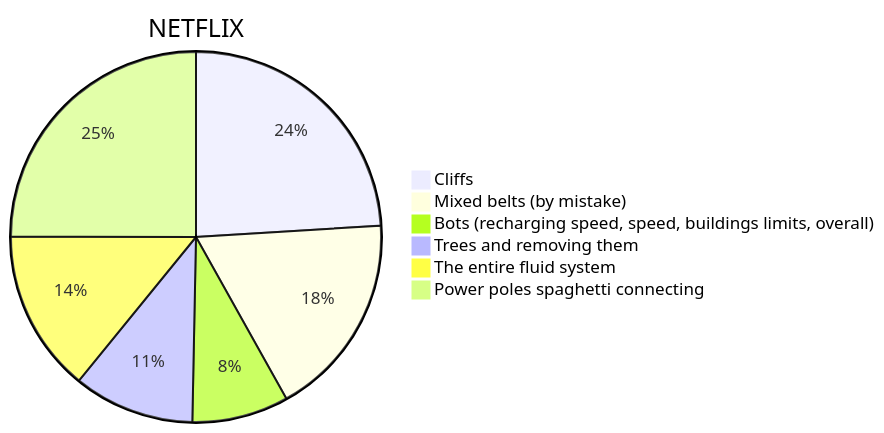
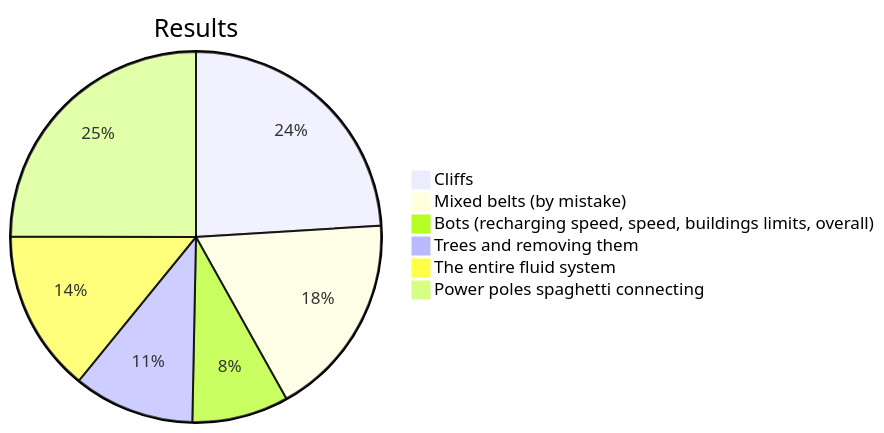
The diagram in submissions/no pain no gain/no pain no gain.md (AlternativeFFFF/Alt-F4), drawn with Mermaid before and after one commit.

````diff
--- a/submissions/no pain no gain/no pain no gain.md
+++ b/submissions/no pain no gain/no pain no gain.md
@@ -5,9 +5,9 @@
 ```mermaid !
-pie title NETFLIX
+pie title Results
          "Cliffs" : 382
          "Mixed belts (by mistake)" : 284
          "Bots (recharging speed, speed, buildings limits, overall)" : 134
          "Trees and removing them" : 168
          "The entire fluid system" : 225
          "Power poles spaghetti connecting" : 397
 ```
````
